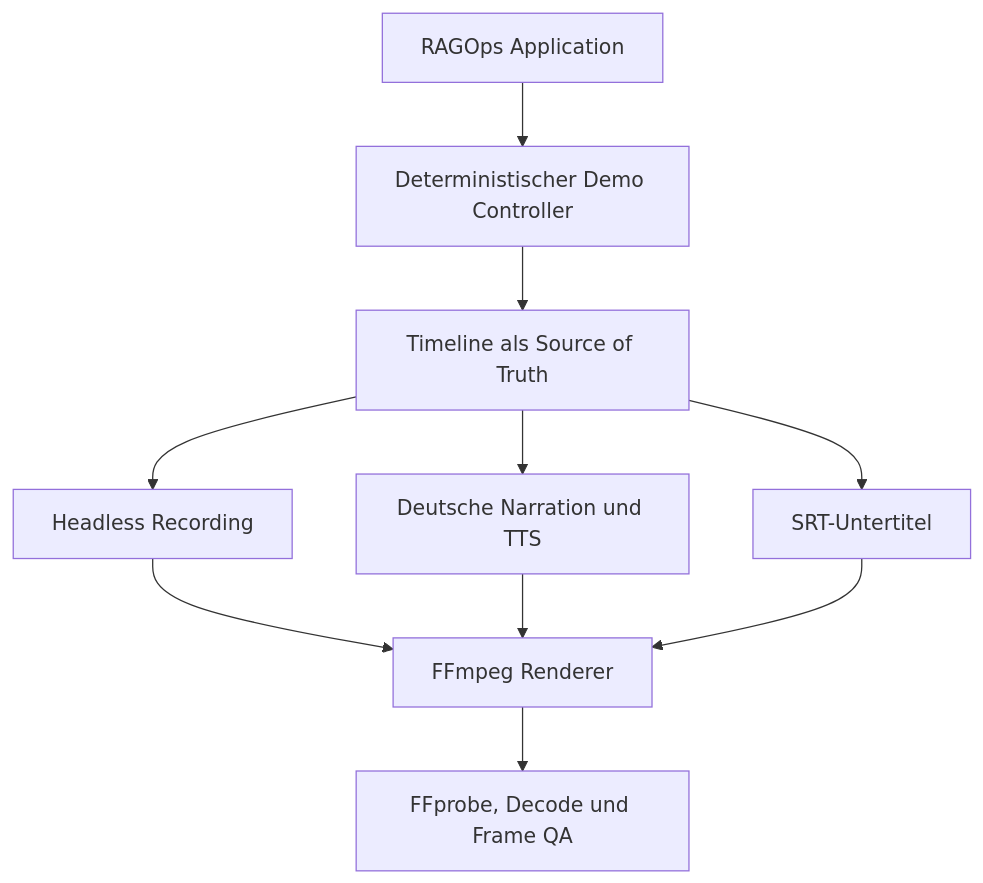
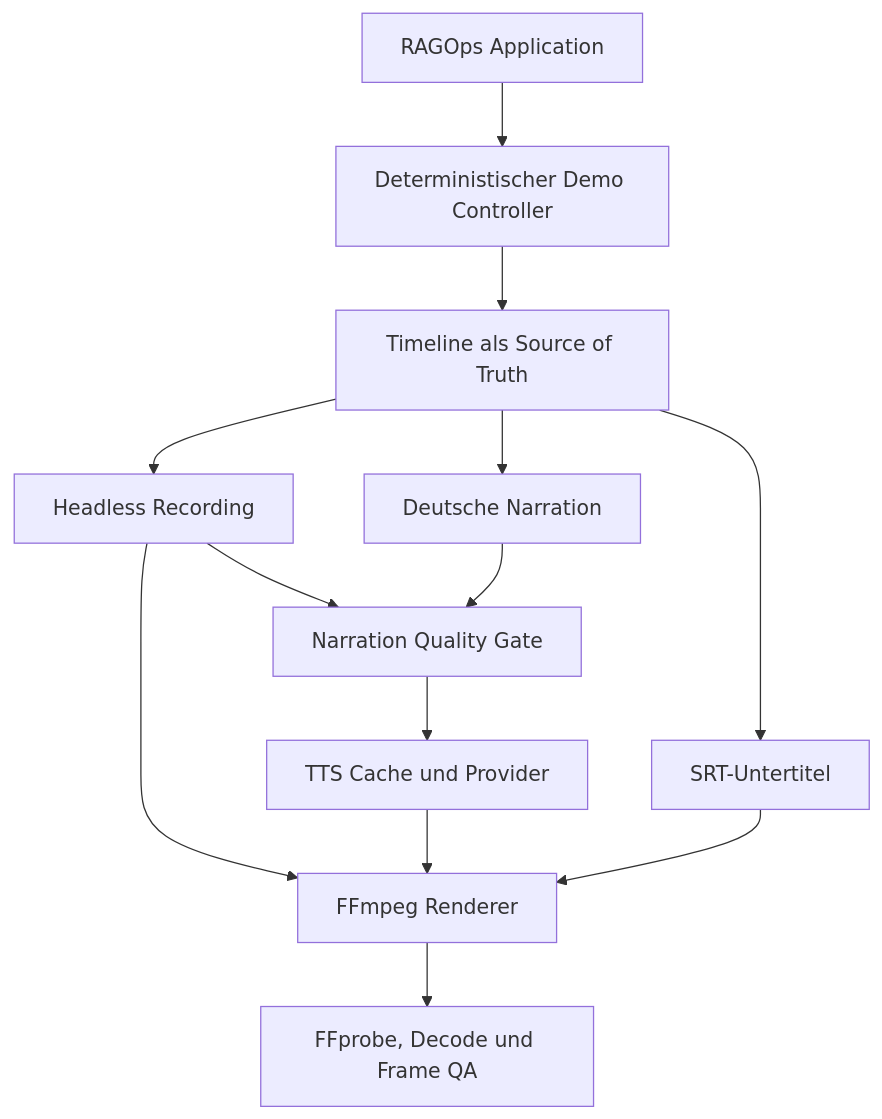
Before and after one commit to ghostvenumai/ragops-enterprise-copilot: the first of 2 diagrams in docs/AUTOMATION_ARCHITECTURE.md, drawn with Mermaid. The commit also changed other lines of this file and 55 other files, not shown here.

First line of the commit message:
feat: add narration quality gate and TTS caching, fix run_loop and DOCX/PDF parsing

````diff
--- a/docs/AUTOMATION_ARCHITECTURE.md
+++ b/docs/AUTOMATION_ARCHITECTURE.md
@@ -10,12 +10,15 @@
 ```mermaid
 flowchart TD
     A[RAGOps Application] --> B[Deterministischer Demo Controller]
     B --> C[Timeline als Source of Truth]
     C --> D[Headless Recording]
-    C --> E[Deutsche Narration und TTS]
+    C --> E[Deutsche Narration]
+    D --> Q[Narration Quality Gate]
+    E --> Q
+    Q --> T[TTS Cache und Provider]
     C --> F[SRT-Untertitel]
     D --> G[FFmpeg Renderer]
-    E --> G
+    T --> G
     F --> G
     G --> H[FFprobe, Decode und Frame QA]
 ```
````
